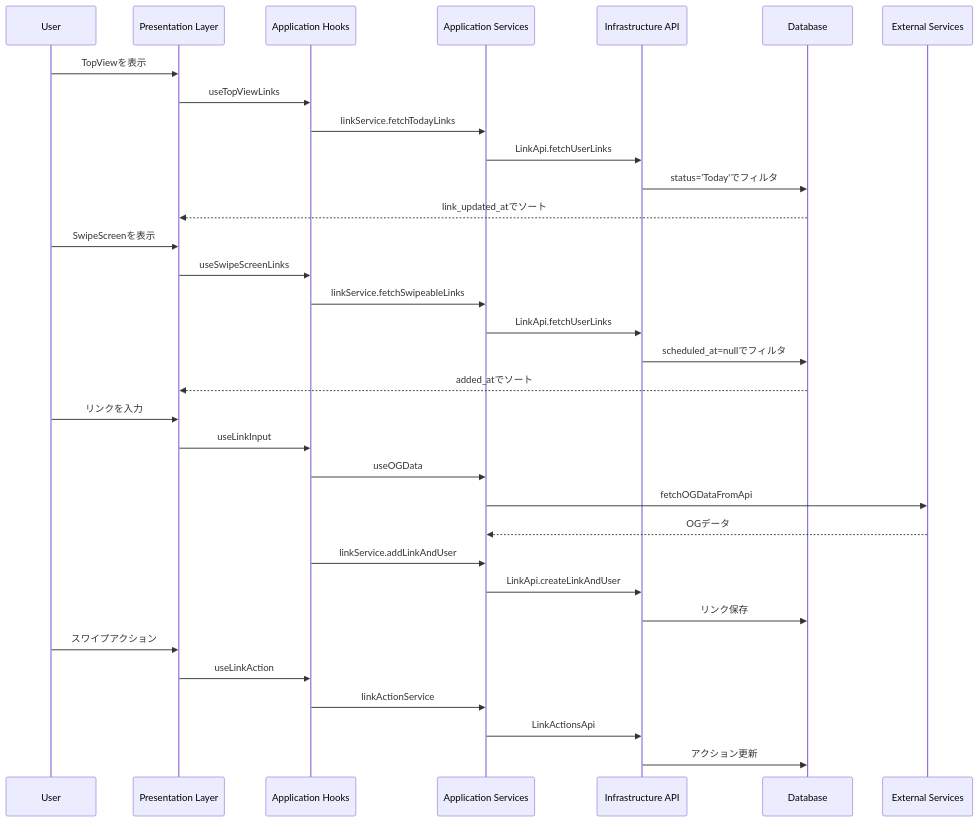
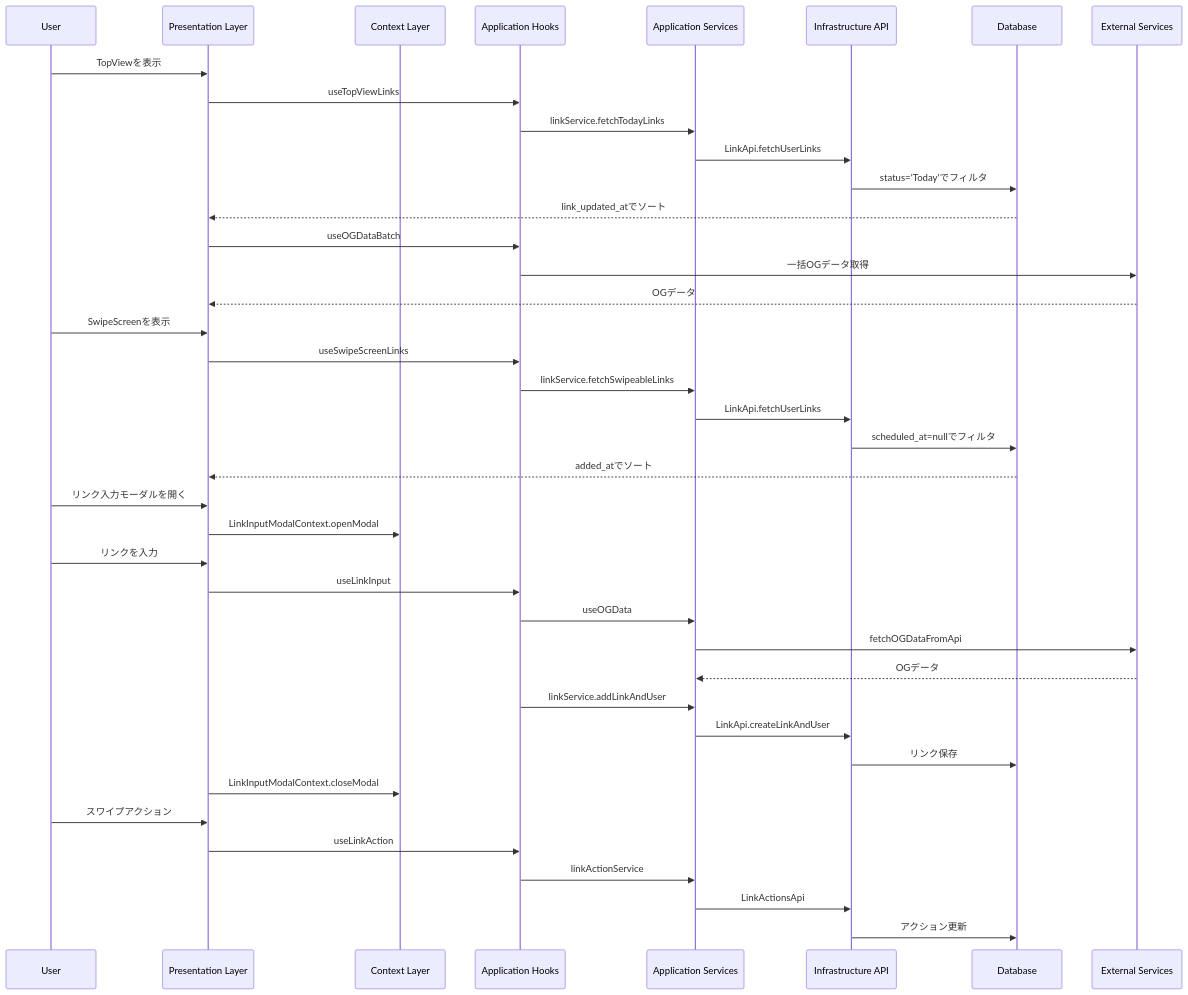
Before and after one commit to sooom1627/Linpe: the second of 2 diagrams in feature/links/docs/architecture.md, drawn with Mermaid. The commit also changed other lines of this file and 4 other files, not shown here.

First line of the commit message:
Refactor architecture documentation and component structure

````diff
--- a/feature/links/docs/architecture.md
+++ b/feature/links/docs/architecture.md
@@ -89,43 +116,50 @@
 ```mermaid
 sequenceDiagram
     participant User
     participant UI as Presentation Layer
+    participant Context as Context Layer
     participant Hook as Application Hooks
     participant Service as Application Services
     participant API as Infrastructure API
     participant DB as Database
     participant External as External Services
 
     %% リンク一覧表示フロー（TopView）
     User->>UI: TopViewを表示
     UI->>Hook: useTopViewLinks
     Hook->>Service: linkService.fetchTodayLinks
     Service->>API: LinkApi.fetchUserLinks
     API->>DB: status='Today'でフィルタ
     DB-->>UI: link_updated_atでソート
+    UI->>Hook: useOGDataBatch
+    Hook->>External: 一括OGデータ取得
+    External-->>UI: OGデータ
 
     %% スワイプ画面表示フロー
     User->>UI: SwipeScreenを表示
     UI->>Hook: useSwipeScreenLinks
     Hook->>Service: linkService.fetchSwipeableLinks
     Service->>API: LinkApi.fetchUserLinks
     API->>DB: scheduled_at=nullでフィルタ
     DB-->>UI: added_atでソート
 
     %% リンク入力フロー
+    User->>UI: リンク入力モーダルを開く
+    UI->>Context: LinkInputModalContext.openModal
     User->>UI: リンクを入力
     UI->>Hook: useLinkInput
     Hook->>Service: useOGData
     Service->>External: fetchOGDataFromApi
     External-->>Service: OGデータ
     Hook->>Service: linkService.addLinkAndUser
     Service->>API: LinkApi.createLinkAndUser
     API->>DB: リンク保存
+    UI->>Context: LinkInputModalContext.closeModal
 
     %% スワイプアクション
     User->>UI: スワイプアクション
     UI->>Hook: useLinkAction
     Hook->>Service: linkActionService
     Service->>API: LinkActionsApi
     API->>DB: アクション更新
 ```
````
